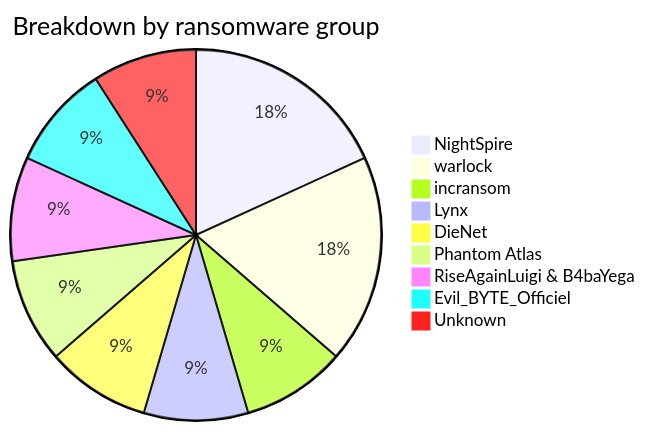
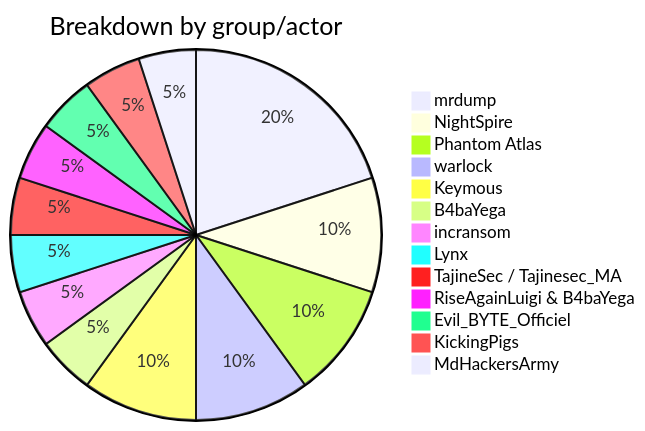
The first of 5 diagrams in CyberAttackAfrica/2025/06-june/README.md (Hatchepsoute/AFRINTEL), drawn with Mermaid before and after one commit. The commit also changed other lines of this file and 255 other files, not shown here.

````diff
--- a/CyberAttackAfrica/2025/06-june/README.md
+++ b/CyberAttackAfrica/2025/06-june/README.md
@@ -35,12 +39,16 @@
 ```mermaid
-pie title Breakdown by ransomware group
+pie title Breakdown by group/actor
+    "mrdump" : 4
     "NightSpire" : 2
+    "Phantom Atlas" : 2
     "warlock" : 2
+    "Keymous" : 2
+    "B4baYega" : 1
     "incransom" : 1
     "Lynx" : 1
-    "DieNet" : 1
-    "Phantom Atlas" : 1
+    "TajineSec / Tajinesec_MA" : 1
     "RiseAgainLuigi & B4baYega" : 1
     "Evil_BYTE_Officiel" : 1
-    "Unknown" : 1
+    "KickingPigs" : 1
+    "MdHackersArmy" : 1
 ```
````
